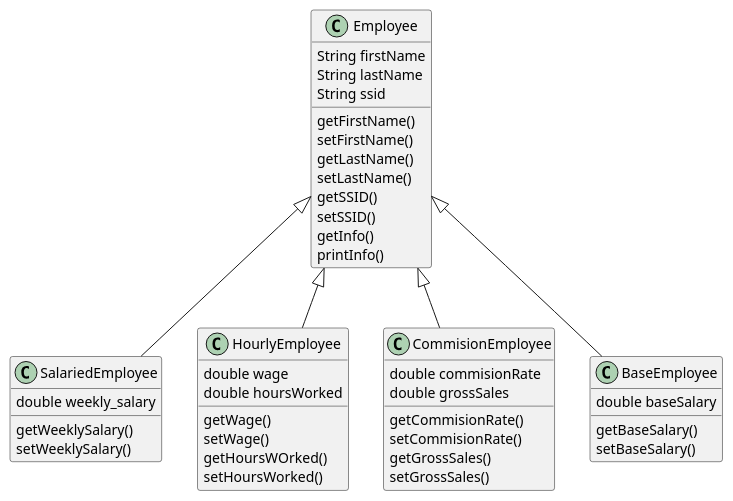
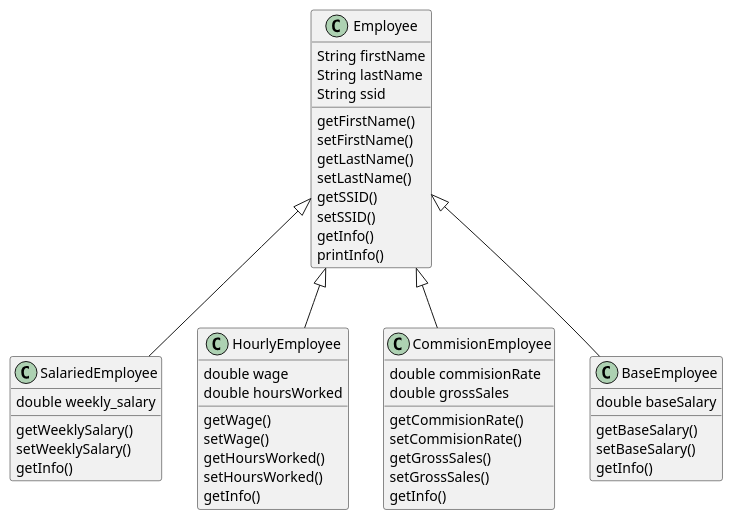
The diagram in src/Homework_3/Inheritance.puml (Lex-ari/CS4800-Projects), drawn with PlantUML before and after one commit. The commit also changed 1 other file, not shown here.

```diff
--- a/src/Homework_3/Inheritance.puml
+++ b/src/Homework_3/Inheritance.puml
@@ -1,52 +1,56 @@
 @startuml
 'https://plantuml.com/class-diagram
 
 class Employee{
 String firstName
 String lastName
 String ssid
 getFirstName()
 setFirstName()
 getLastName()
 setLastName()
 getSSID()
 setSSID()
 getInfo()
 printInfo()
 }
 
 class SalariedEmployee{
 double weekly_salary
 getWeeklySalary()
 setWeeklySalary()
+getInfo()
 }
 
 class HourlyEmployee{
 double wage
 double hoursWorked
 getWage()
 setWage()
-getHoursWOrked()
+getHoursWorked()
 setHoursWorked()
+getInfo()
 }
 
 class CommisionEmployee{
 double commisionRate
 double grossSales
 getCommisionRate()
 setCommisionRate()
 getGrossSales()
 setGrossSales()
+getInfo()
 }
 
 class BaseEmployee {
 double baseSalary
 getBaseSalary()
 setBaseSalary()
+getInfo()
 }
 
 Employee <|-- SalariedEmployee
 Employee <|-- HourlyEmployee
 Employee <|-- CommisionEmployee
 Employee <|-- BaseEmployee
 @enduml
```
